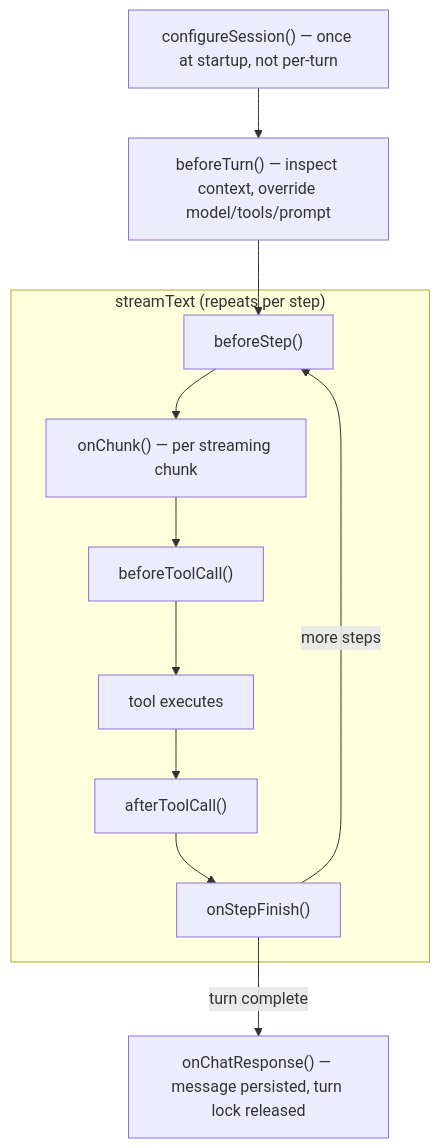
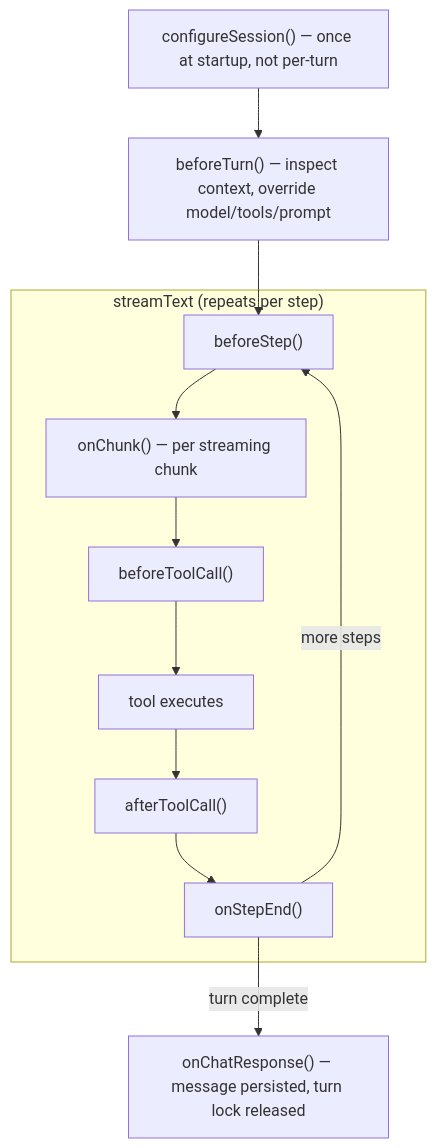
Before and after one commit to cloudflare/cloudflare-docs: the diagram in src/content/docs/agents/harnesses/think/lifecycle-hooks.mdx, drawn with Mermaid. The commit also changed other lines of this file and 8 other files, not shown here.

````diff
--- a/src/content/docs/agents/harnesses/think/lifecycle-hooks.mdx
+++ b/src/content/docs/agents/harnesses/think/lifecycle-hooks.mdx
@@ -34,16 +35,16 @@
 ```mermaid
 flowchart TD
     cfg["configureSession() — once at startup, not per-turn"] --> bt["beforeTurn() — inspect context, override model/tools/prompt"]
     bt --> bs
 
     subgraph loop ["streamText (repeats per step)"]
         bs["beforeStep()"] --> chunk["onChunk() — per streaming chunk"]
         chunk --> btc["beforeToolCall()"]
         btc --> exec["tool executes"]
         exec --> atc["afterToolCall()"]
-        atc --> sf["onStepFinish()"]
+        atc --> sf["onStepEnd()"]
         sf -->|"more steps"| bs
     end
 
     sf -->|"turn complete"| ocr["onChatResponse() — message persisted, turn lock released"]
 ```
````
